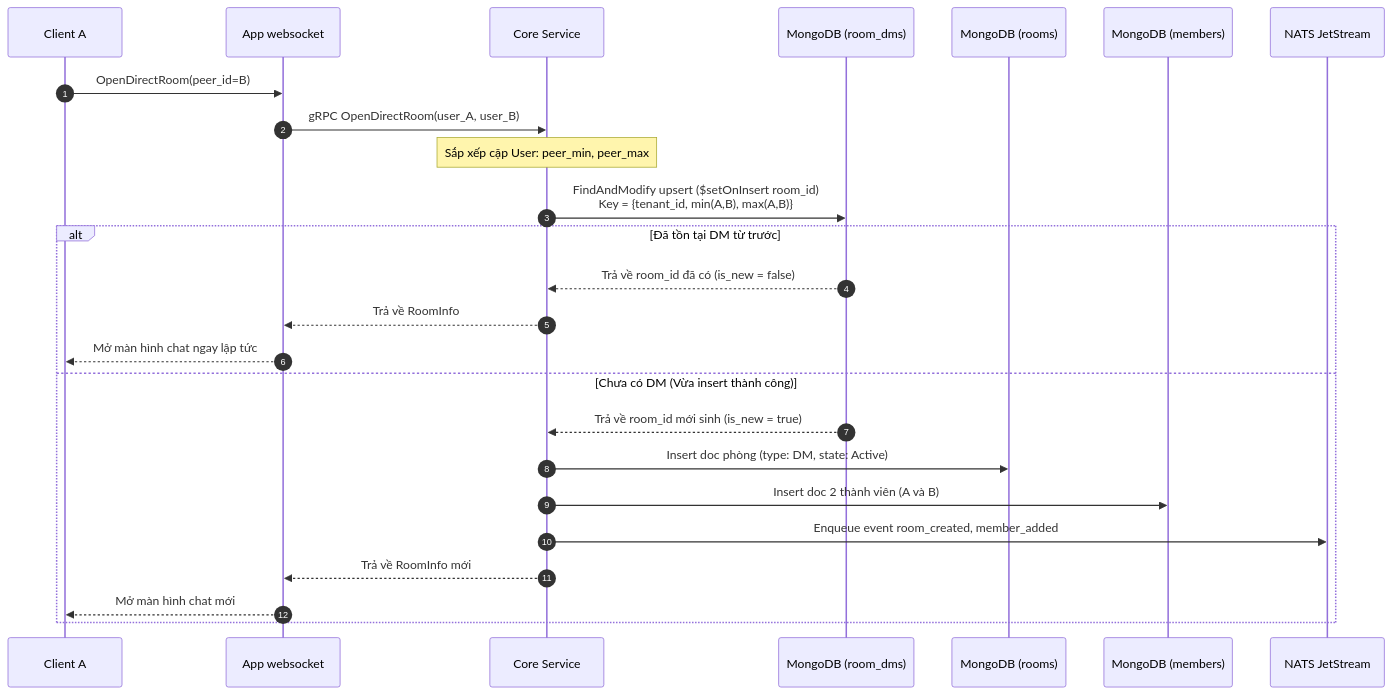
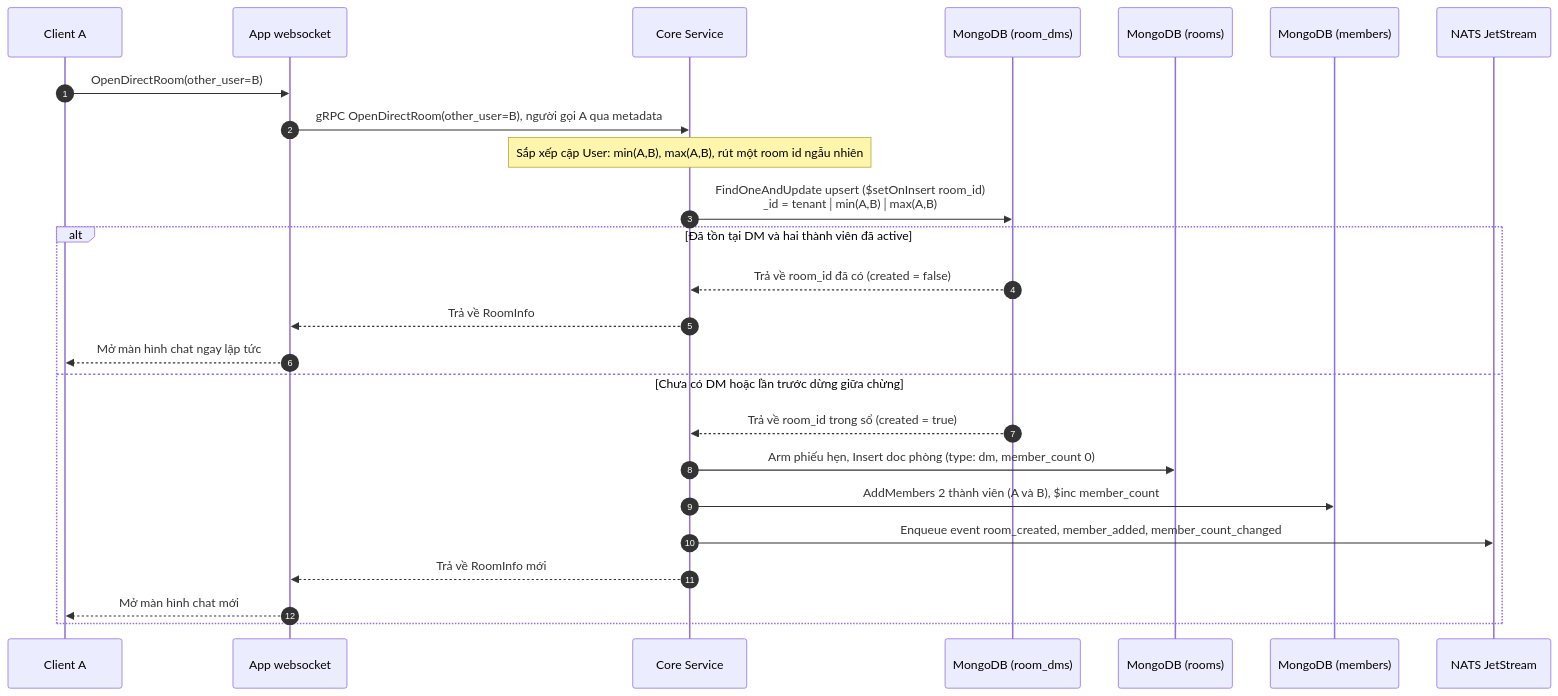
One commit to ivannguyendev/chatim changed the second of 2 diagrams in docs/modules/01-feature-rooms-dms-and-channels.md. Above: the diagram before and after it, drawn with Mermaid. The commit also changed other lines of this file and 12 other files, not shown here.

````diff
--- a/docs/modules/01-feature-rooms-dms-and-channels.md
+++ b/docs/modules/01-feature-rooms-dms-and-channels.md
@@ -49,28 +49,28 @@
 ```mermaid
 sequenceDiagram
     autonumber
     participant ClientA as Client A
     participant GW as App websocket
     participant Core as Core Service
     participant DMS as MongoDB (room_dms)
     participant Rooms as MongoDB (rooms)
     participant Members as MongoDB (members)
     participant Bus as NATS JetStream
 
-    ClientA->>GW: OpenDirectRoom(peer_id=B)
-    GW->>Core: gRPC OpenDirectRoom(user_A, user_B)
-    Note over Core: Sắp xếp cặp User: peer_min, peer_max
-    Core->>DMS: FindAndModify upsert ($setOnInsert room_id)<br/>Key = {tenant_id, min(A,B), max(A,B)}
-    alt Đã tồn tại DM từ trước
-        DMS-->>Core: Trả về room_id đã có (is_new = false)
+    ClientA->>GW: OpenDirectRoom(other_user=B)
+    GW->>Core: gRPC OpenDirectRoom(other_user=B), người gọi A qua metadata
+    Note over Core: Sắp xếp cặp User: min(A,B), max(A,B), rút một room id ngẫu nhiên
+    Core->>DMS: FindOneAndUpdate upsert ($setOnInsert room_id)<br/>_id = tenant│min(A,B)│max(A,B)
+    alt Đã tồn tại DM và hai thành viên đã active
+        DMS-->>Core: Trả về room_id đã có (created = false)
         Core-->>GW: Trả về RoomInfo
         GW-->>ClientA: Mở màn hình chat ngay lập tức
-    else Chưa có DM (Vừa insert thành công)
-        DMS-->>Core: Trả về room_id mới sinh (is_new = true)
-        Core->>Rooms: Insert doc phòng (type: DM, state: Active)
-        Core->>Members: Insert doc 2 thành viên (A và B)
-        Core->>Bus: Enqueue event room_created, member_added
+    else Chưa có DM hoặc lần trước dừng giữa chừng
+        DMS-->>Core: Trả về room_id trong sổ (created = true)
+        Core->>Rooms: Arm phiếu hẹn, Insert doc phòng (type: dm, member_count 0)
+        Core->>Members: AddMembers 2 thành viên (A và B), $inc member_count
+        Core->>Bus: Enqueue event room_created, member_added, member_count_changed
         Core-->>GW: Trả về RoomInfo mới
         GW-->>ClientA: Mở màn hình chat mới
     end
 ```
````
